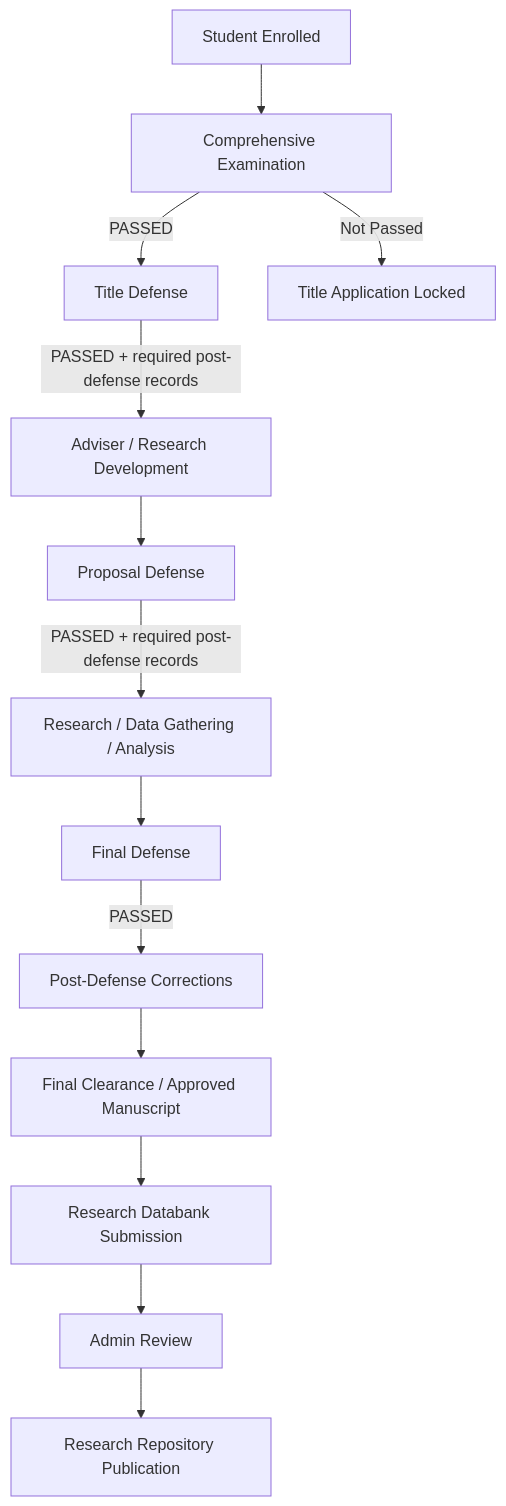
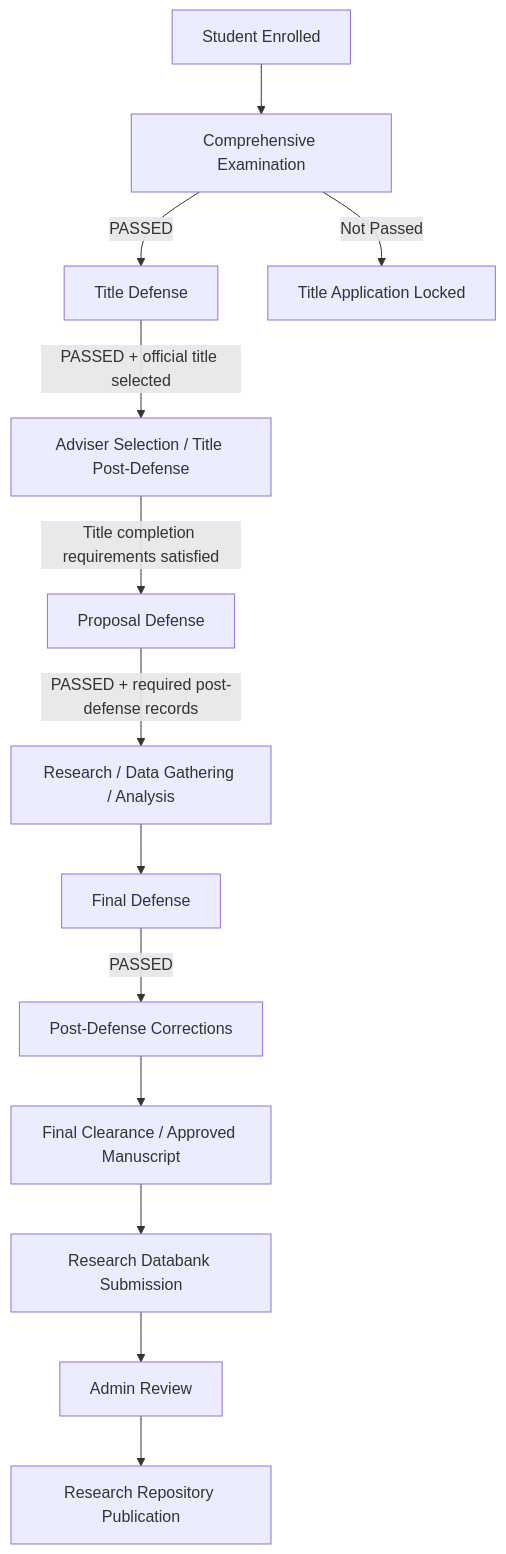
One commit to MuelTech/graduate-system changed the first of 3 diagrams in docs/superpowers/DEFENSE_WORKFLOW_SOURCE_OF_TRUTH.md. Above: the diagram before and after it, drawn with Mermaid. The commit also changed other lines of this file, not shown here.

Commit message:
docs(defense): define post-title adviser request and GS-020 flow

````diff
--- a/docs/superpowers/DEFENSE_WORKFLOW_SOURCE_OF_TRUTH.md
+++ b/docs/superpowers/DEFENSE_WORKFLOW_SOURCE_OF_TRUTH.md
@@ -138,15 +146,15 @@
 ```mermaid
 flowchart TD
     A[Student Enrolled] --> B[Comprehensive Examination]
     B -->|PASSED| C[Title Defense]
     B -->|Not Passed| B1[Title Application Locked]
-    C -->|PASSED + required post-defense records| D[Adviser / Research Development]
-    D --> E[Proposal Defense]
+    C -->|PASSED + official title selected| D[Adviser Selection / Title Post-Defense]
+    D -->|Title completion requirements satisfied| E[Proposal Defense]
     E -->|PASSED + required post-defense records| F[Research / Data Gathering / Analysis]
     F --> G[Final Defense]
     G -->|PASSED| H[Post-Defense Corrections]
     H --> I[Final Clearance / Approved Manuscript]
     I --> J[Research Databank Submission]
     J --> K[Admin Review]
     K --> L[Research Repository Publication]
 ```
````
